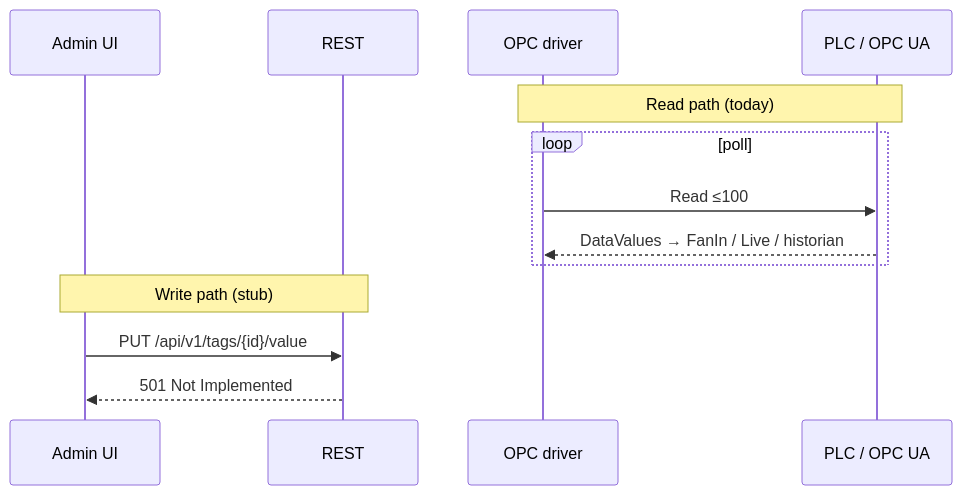
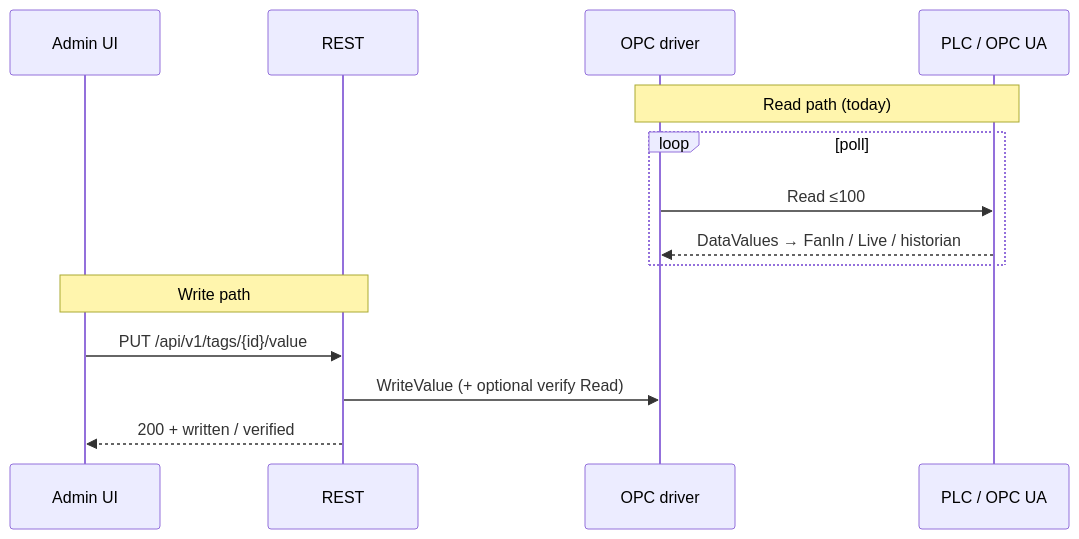
One commit to popelev/level2 changed the first of 2 diagrams in docs/opc-write-mode.md. Above: the diagram before and after it, drawn with Mermaid. The commit also changed other lines of this file and 13 other files, not shown here.

First line of the commit message:
Add OPC write-then-verify with readback match and OpenAPI sync.

````diff
--- a/docs/opc-write-mode.md
+++ b/docs/opc-write-mode.md
@@ -24,17 +24,18 @@
 ```mermaid
 sequenceDiagram
   participant UI as Admin UI
   participant API as REST
   participant Drv as OPC driver
   participant PLC as PLC / OPC UA
 
   Note over Drv,PLC: Read path (today)
   loop poll
     Drv->>PLC: Read ≤100
     PLC-->>Drv: DataValues → FanIn / Live / historian
   end
 
-  Note over UI,API: Write path (stub)
+  Note over UI,API: Write path
   UI->>API: PUT /api/v1/tags/{id}/value
-  API-->>UI: 501 Not Implemented
+  API->>Drv: WriteValue (+ optional verify Read)
+  API-->>UI: 200 + written / verified
 ```
````
